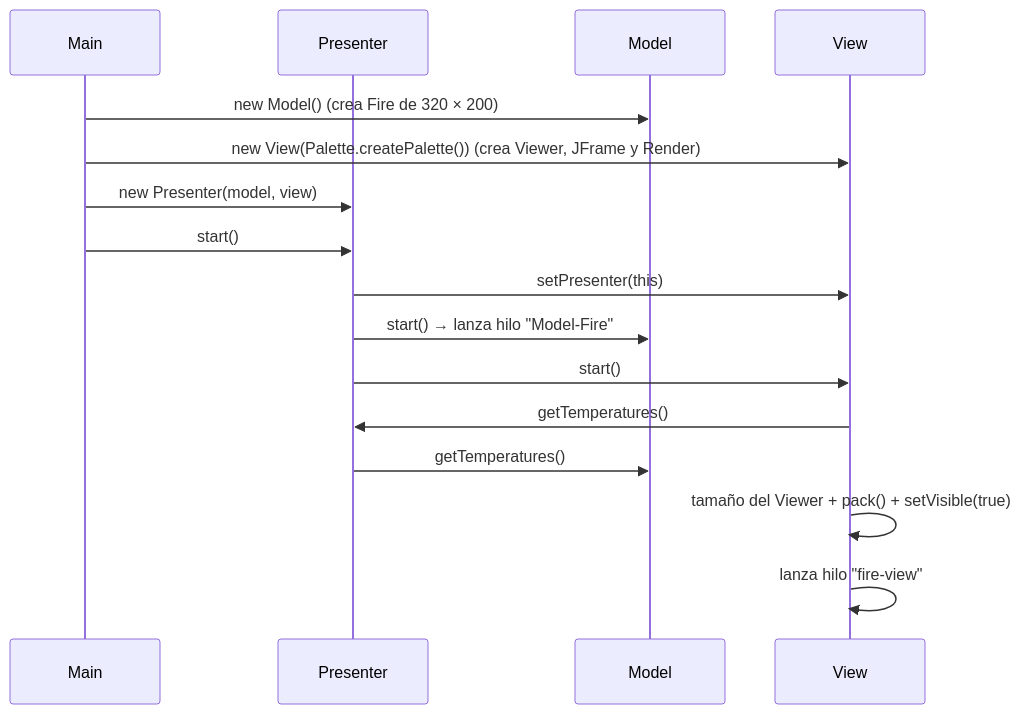
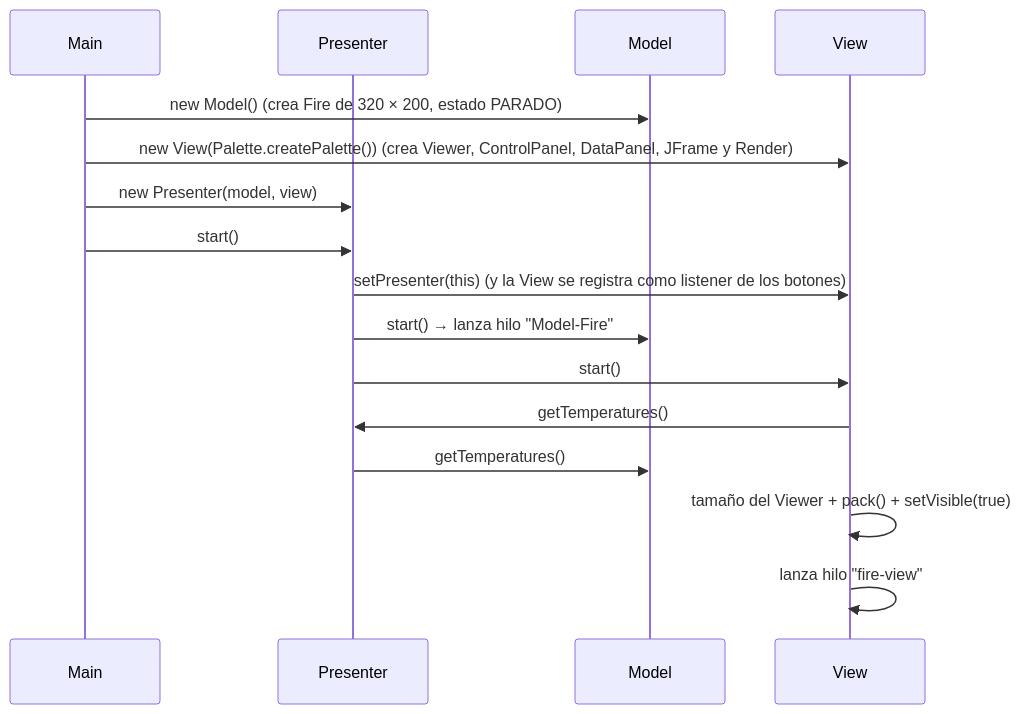
One commit to alexddios/DAM changed the second of 4 diagrams in Segundo curso/Introduccion a los videojuegos/Fuego/README.md. Above: the diagram before and after it, drawn with Mermaid. The commit also changed other lines of this file, not shown here.

Commit message:
Fuego: README con los paneles de control y de datos, estados, FPS y config

````diff
--- a/Segundo curso/Introduccion a los videojuegos/Fuego/README.md
+++ b/Segundo curso/Introduccion a los videojuegos/Fuego/README.md
@@ -124,19 +185,19 @@
 ```mermaid
 sequenceDiagram
     participant Main
     participant P as Presenter
     participant M as Model
     participant V as View
 
-    Main->>M: new Model()  (crea Fire de 320 × 200)
-    Main->>V: new View(Palette.createPalette())  (crea Viewer, JFrame y Render)
+    Main->>M: new Model()  (crea Fire de 320 × 200, estado PARADO)
+    Main->>V: new View(Palette.createPalette())  (crea Viewer, ControlPanel, DataPanel, JFrame y Render)
     Main->>P: new Presenter(model, view)
     Main->>P: start()
-    P->>V: setPresenter(this)
+    P->>V: setPresenter(this)  (y la View se registra como listener de los botones)
     P->>M: start()  → lanza hilo "Model-Fire"
     P->>V: start()
     V->>P: getTemperatures()
     P->>M: getTemperatures()
     V->>V: tamaño del Viewer + pack() + setVisible(true)
     V->>V: lanza hilo "fire-view"
 ```
````
